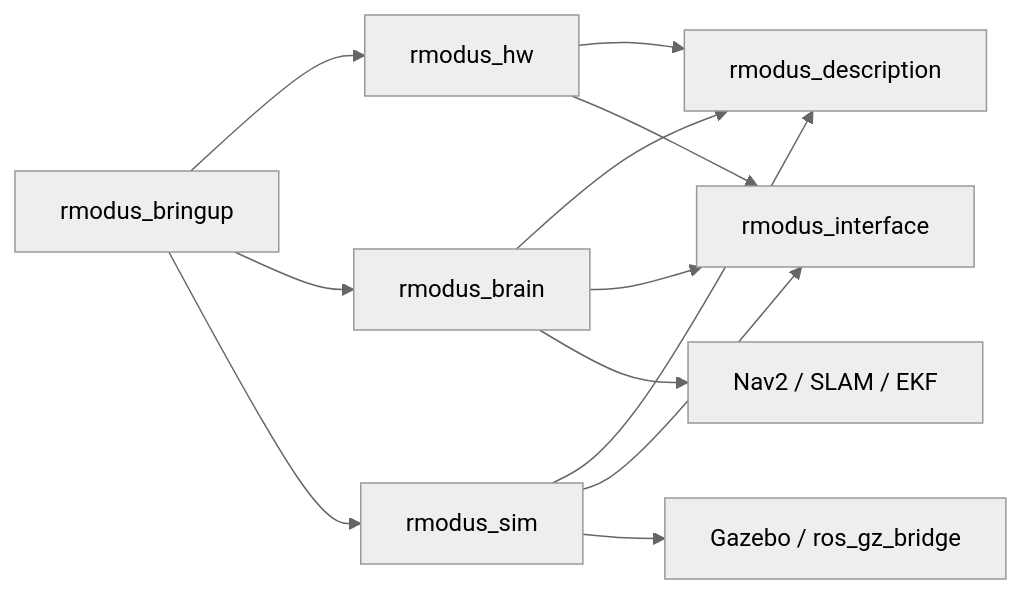
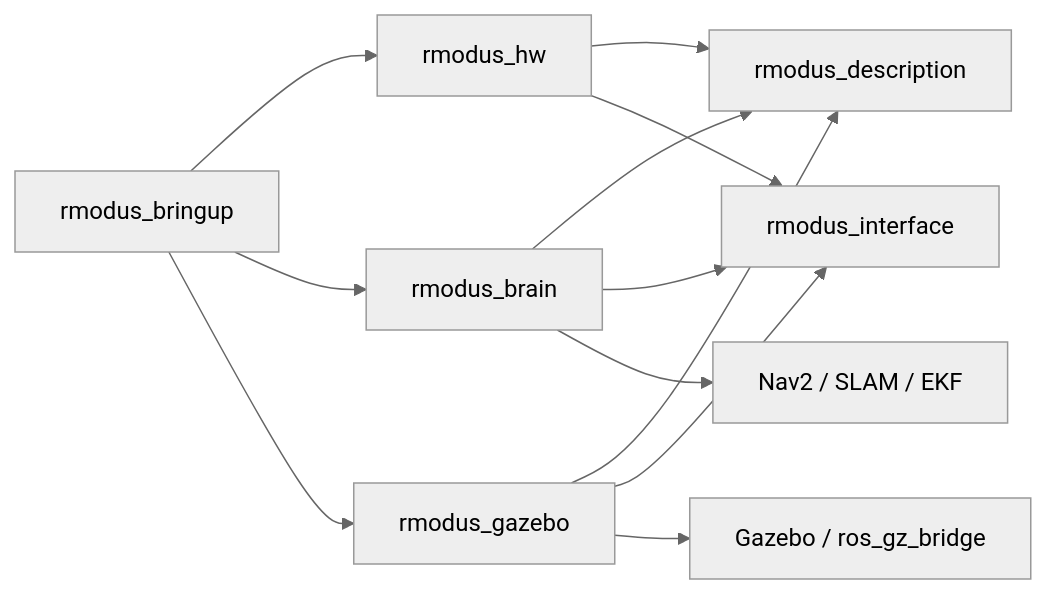
One commit to R-MODUS/sw-nav-module changed the first of 3 diagrams in docs/rmodus_architektura_a_konfigurace.md. Above: the diagram before and after it, drawn with Mermaid (neutral theme). The commit also changed other lines of this file and 43 other files, not shown here.

````diff
--- a/docs/rmodus_architektura_a_konfigurace.md
+++ b/docs/rmodus_architektura_a_konfigurace.md
@@ -36,17 +36,17 @@
 ```mermaid
 flowchart LR
     A[rmodus_bringup] --> B[rmodus_hw]
     A --> C[rmodus_brain]
-    A --> D[rmodus_sim]
+    A --> D[rmodus_gazebo]
 
     B --> E[rmodus_description]
     D --> E
     C --> E
 
     B --> F[rmodus_interface]
     C --> F
     D --> F
 
     D --> G[Gazebo / ros_gz_bridge]
     C --> H[Nav2 / SLAM / EKF]
 ```
````
